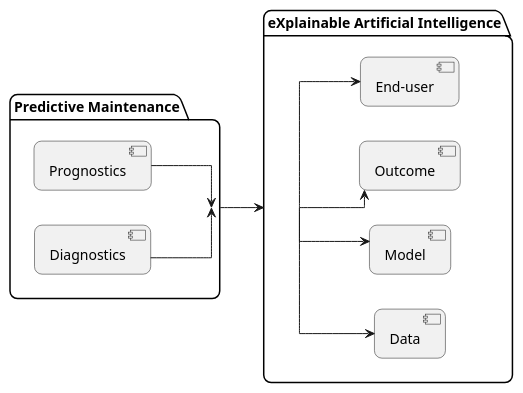
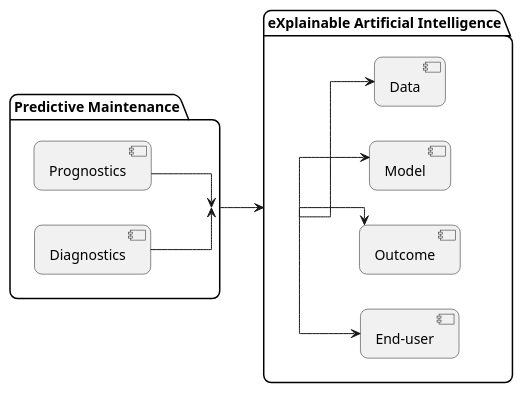
One commit to iammelvink/msc-research changed the diagram in plantuml-imp/PdM_XAI_illustration.wsd. Above: the diagram before and after it, drawn with PlantUML. The commit also changed other lines of this file and 6 other files, not shown here.

```diff
--- a/plantuml-imp/PdM_XAI_illustration.wsd
+++ b/plantuml-imp/PdM_XAI_illustration.wsd
@@ -1,38 +1,38 @@
 @startuml "PdM_XAI_illustration"
 ' top to bottom direction
 ' left to right direction
 ' title "PdM and XAI illustration"
 ' header "PdM XAI illustration"
 ' !theme sketchy
 ' skinparam conditionStyle InsideDiamond
 ' skinparam conditionStyle inside
 ' skinparam conditionStyle diamond
 skinparam ConditionEndStyle hline
 skinparam monochrome true
 skinparam shadowing false
 skinparam roundcorner 15
 skinparam linetype ortho
 
 ' skinparam Style strictuml
 ' skinparam Handwritten true
 
 ' !define LIGHTSTYLE
 ' !define DARKRED
 ' !include https://raw.githubusercontent.com/Drakemor/RedDress-PlantUML/master/style.puml
 
 left to right direction
 package "Predictive Maintenance" {
   ' [Anomaly detection] --> [Predictive Maintenance]
   [Prognostics] --> [Predictive Maintenance]
   [Diagnostics] --> [Predictive Maintenance]
 }
 
 package "eXplainable Artificial Intelligence" {
+  [eXplainable Artificial Intelligence] --> [Data]
+  [eXplainable Artificial Intelligence] --> [Model]
+  [eXplainable Artificial Intelligence] --> [Outcome]
   [eXplainable Artificial Intelligence] --> [End-user]
-  [eXplainable Artificial Intelligence] --> [Outcome]
-  [eXplainable Artificial Intelligence] --> [Model]
-  [eXplainable Artificial Intelligence] --> [Data]
 }
 
 [Predictive Maintenance] --> [eXplainable Artificial Intelligence]
 @enduml
```
